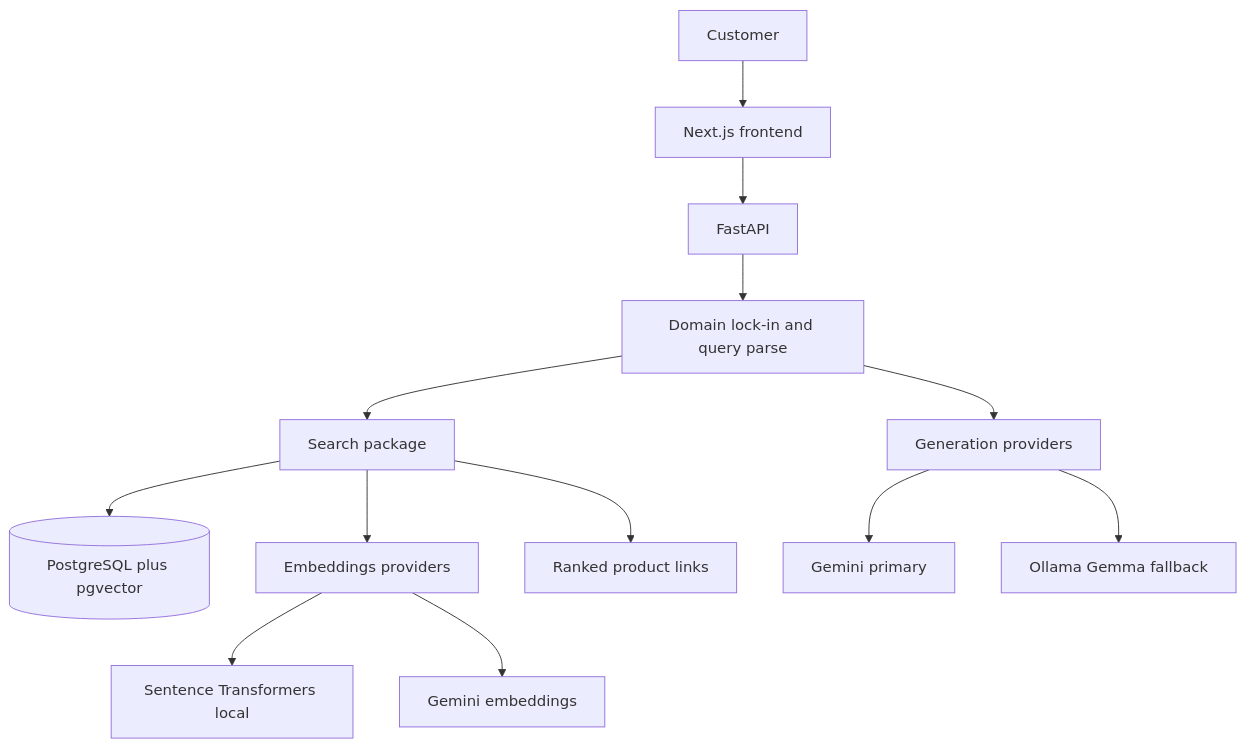
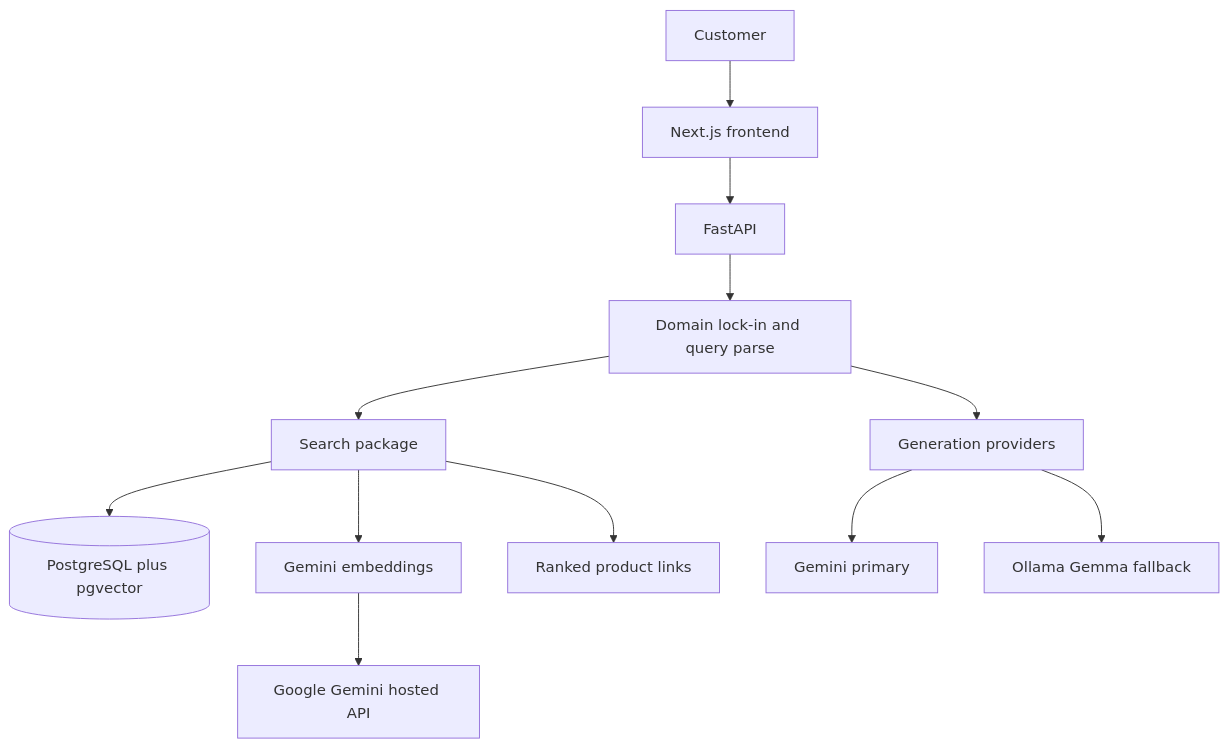
Before and after one commit to Kumaraswamy21/VastraAI: the diagram in README.md, drawn with Mermaid. The commit also changed other lines of this file, not shown here.

First line of the commit message:
docs: align README with Gemini-only embeddings

````diff
--- a/README.md
+++ b/README.md
@@ -62,15 +62,14 @@
 ```mermaid
 flowchart TD
   user[Customer] --> web[Next.js frontend]
   web --> api[FastAPI]
   api --> guard[Domain lock-in and query parse]
   guard --> searchPkg[Search package]
   searchPkg --> pg[(PostgreSQL plus pgvector)]
-  searchPkg --> embed[Embeddings providers]
-  embed --> st[Sentence Transformers local]
-  embed --> geminiEmbed[Gemini embeddings]
+  searchPkg --> embed[Gemini embeddings]
+  embed --> geminiApi[Google Gemini hosted API]
   guard --> gen[Generation providers]
   gen --> geminiGen[Gemini primary]
   gen --> ollama[Ollama Gemma fallback]
   searchPkg --> products[Ranked product links]
 ```
````
